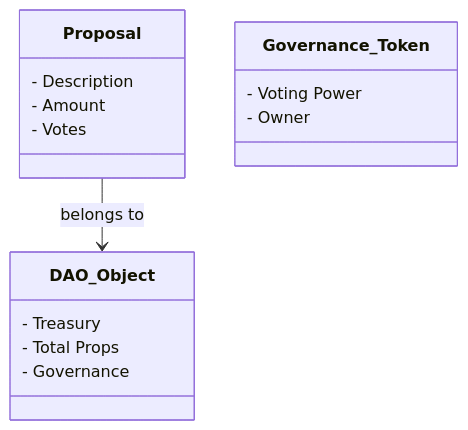
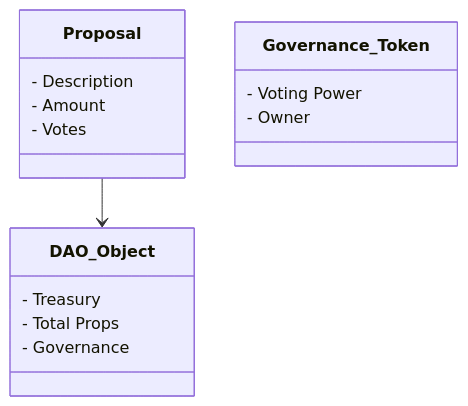
Before and after one commit to David-Coach-Dev/sui-dao-financing: the diagram in README.md, drawn with Mermaid. The commit also changed 9 other files, not shown here.

````diff
--- a/README.md
+++ b/README.md
@@ -42,21 +42,21 @@
 ```mermaid
     classDiagram
     class DAO_Object {
         - Treasury
         - Total Props
         - Governance
     }
     
     class Proposal {
         - Description
         - Amount
         - Votes
     }
     
     class Governance_Token {
         - Voting Power
         - Owner
     }
     
-    Proposal --> DAO_Object : belongs to
+    Proposal --> DAO_Object
 ```
````
